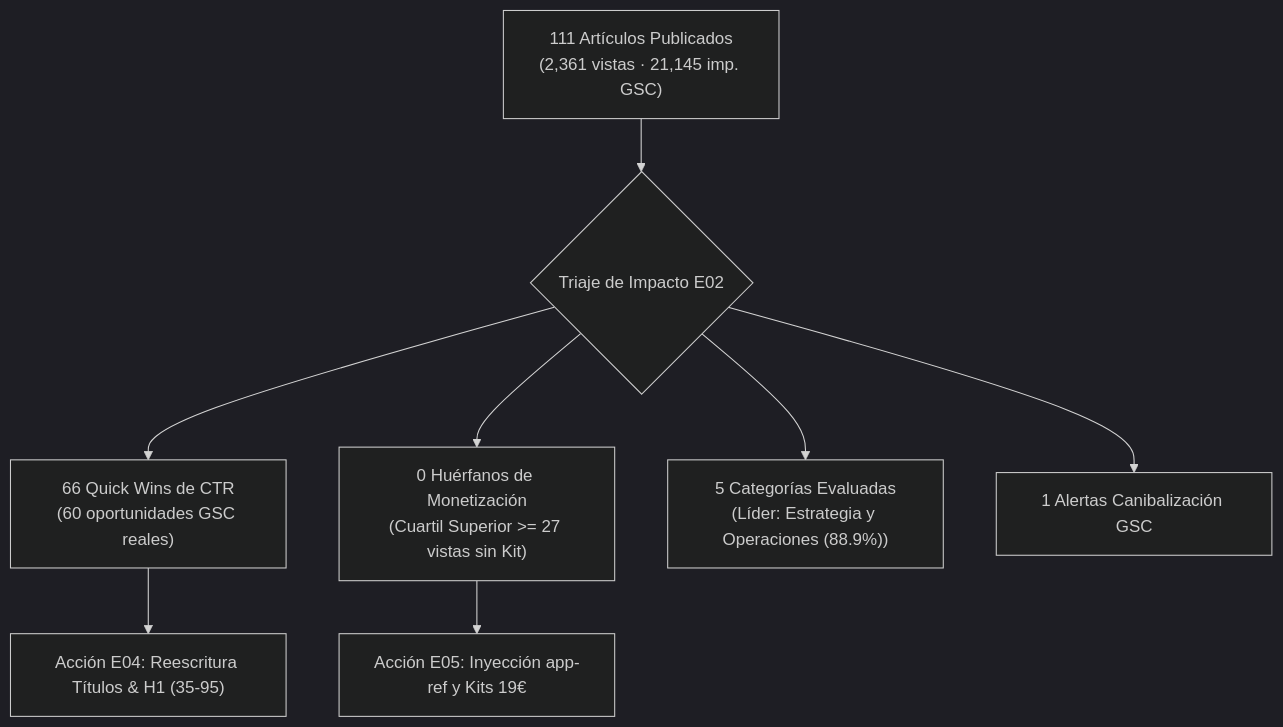
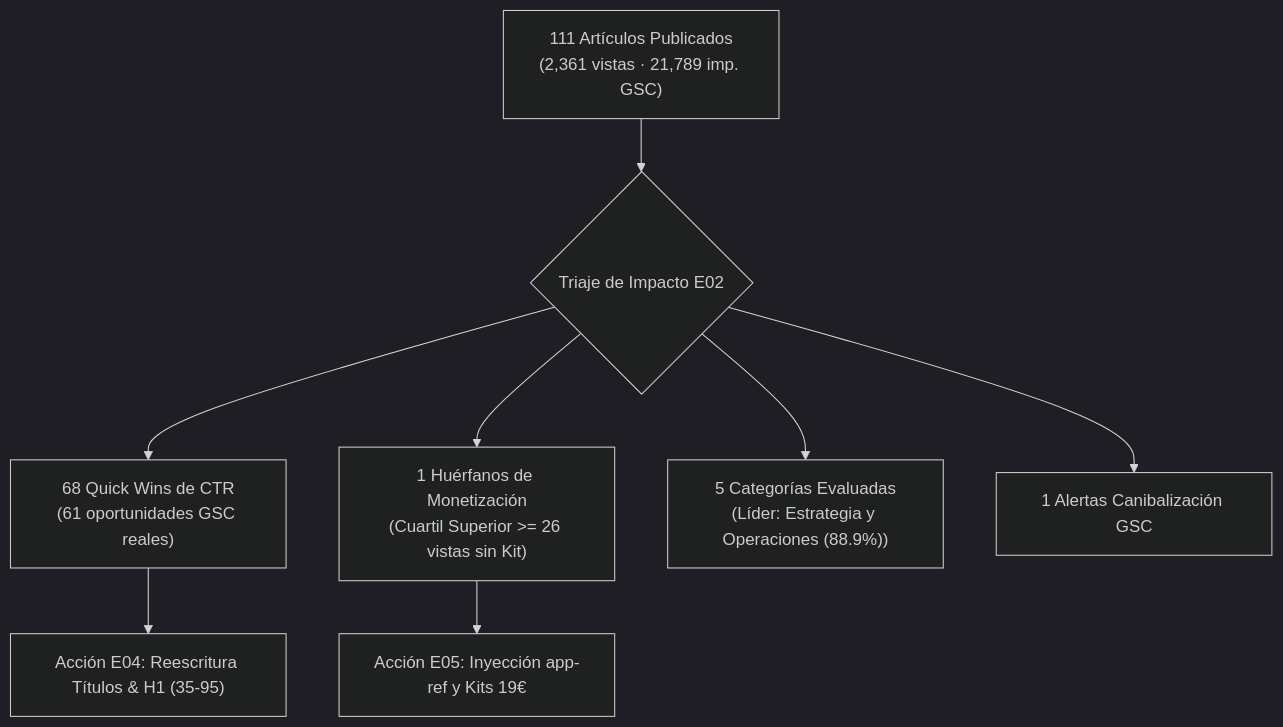
The diagram in specs/audit/IMPACT_REPORT.md (Dalaez/datalaria-website), drawn with Mermaid (dark theme) before and after one commit. The commit also changed other lines of this file and 9 other files, not shown here.

````diff
--- a/specs/audit/IMPACT_REPORT.md
+++ b/specs/audit/IMPACT_REPORT.md
@@ -24,10 +24,10 @@
 ```mermaid
 flowchart TD
-    A["111 Artículos Publicados\n(2,361 vistas · 21,145 imp. GSC)"] --> B{"Triaje de Impacto E02"}
-    B --> C["66 Quick Wins de CTR\n(60 oportunidades GSC reales)"]
-    B --> D["0 Huérfanos de Monetización\n(Cuartil Superior >= 27 vistas sin Kit)"]
+    A["111 Artículos Publicados\n(2,361 vistas · 21,789 imp. GSC)"] --> B{"Triaje de Impacto E02"}
+    B --> C["68 Quick Wins de CTR\n(61 oportunidades GSC reales)"]
+    B --> D["1 Huérfanos de Monetización\n(Cuartil Superior >= 26 vistas sin Kit)"]
     B --> E["5 Categorías Evaluadas\n(Líder: Estrategia y Operaciones (88.9%))"]
     B --> H["1 Alertas Canibalización GSC"]
     C --> F["Acción E04: Reescritura Títulos & H1 (35-95)"]
     D --> G["Acción E05: Inyección app-ref y Kits 19€"]
 ```
````
